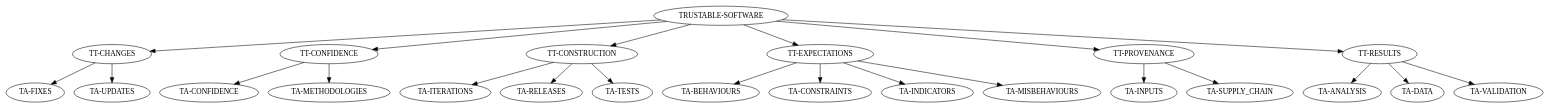
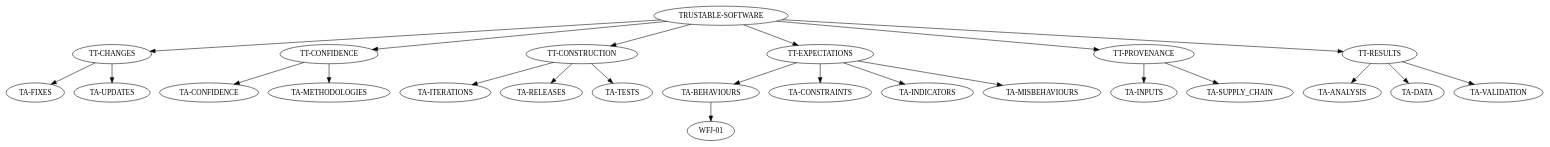
One commit to score-json/inc_json changed the diagram in .dotstop.dot. Above: the diagram before and after it, drawn with Graphviz. The commit also changed 22 other files, not shown here.

```diff
--- a/.dotstop.dot
+++ b/.dotstop.dot
@@ -1,50 +1,52 @@
 # This file is automatically generated by dotstop and should not be edited manually.
 # Generated using trustable 2025.6.25.
 
 digraph G {
 "TT-CHANGES" [sha=e276949659e77f8f453a9b32798f607abdfda44450bb10bfbca7a20d68835f7a];
 "TA-ANALYSIS" [sha="76cb774300c75d7b6a24c872fe691f2f0cd1d36cc4a2493e835f6b861bc79c34"];
 "TA-BEHAVIOURS" [sha="3ec27e29aa991978efe6a56267b98c2a08b27a4aff693d5cf2b01dfe72276570"];
 "TA-CONFIDENCE" [sha=afda09331b2fc3b8d9b1cd921bee66251a65e5543a473c61eb03f9ea11d57eb5];
 "TA-CONSTRAINTS" [sha=cdee0ae34c33110044975efc981e4ac4d63d824aaaac78233b1f3828ef070da3];
 "TA-DATA" [sha="796e4b5851340906568a47c4436c1fa67ca1c48c98a8b6a16b19283d04cea799"];
 "TA-FIXES" [sha="08f069034d1399c43c4321c5f05de72125f4155a8b68b9bbb2029cb679e6ad48"];
 "TA-INDICATORS" [sha=a5392ef1e3e40d82ef9a304d1304bf007fa85d961ab8ea268231cb212d763477];
 "TA-INPUTS" [sha="6edcb6e0ea0a918f611d6644da7a28dd5c924a210984cd913e7ff558677a6ea6"];
 "TA-ITERATIONS" [sha=c445bfe866db71df67d4e87353d674b62abce19b52048fac37284d8065d67678];
 "TA-METHODOLOGIES" [sha=d24f6055c79268b1f6e4bdf73951719f192d6f492a7376f85b349a95ccb2a319];
 "TA-MISBEHAVIOURS" [sha=d24fcdeee0ae0fa696f272dc39c8e9e37cce7fb9b2cfd07bcd1451b765be5c6e];
 "TA-RELEASES" [sha="3c924109e9916fb154eadbc2d733a8413ae551a1282b73de389b9ad7540a4e75"];
 "TA-SUPPLY_CHAIN" [sha="0629a5a339322874ad3d51c0c14219ede72195bf514abac82c95ebc3a685ae2c"];
 "TA-TESTS" [sha=afa5e61fc86f70f99f6c60b4f2b51ba7d486705f197048a7dc3fc8fea225385c];
 "TA-UPDATES" [sha="9f0554c79d125a37c7e68b9efbb022dc4853a3e2f87c7d224d30c51f5b9b8435"];
 "TA-VALIDATION" [sha="20f6d87b89d9fbffe427a734ab70906c26ad787e53032a8c4f4d599227704be6"];
 "TRUSTABLE-SOFTWARE" [sha="6513a163e6eac72c930253e4bc0404be5ea625d1dec436104991a565df4baaa3"];
 "TT-CONFIDENCE" [sha="507f0a905667e1d91265a4e577534eb51ebc0b3e84ffc1956cd0d80dc61b6d3a"];
 "TT-CONSTRUCTION" [sha="3752c6a34c0cc3ef905e000e635a7373748976744f3d1f75f1c2ed172366e350"];
 "TT-EXPECTATIONS" [sha="362eb86c872fb76b2a1075ff978252112bbad0a5fb3041895381f8c76b64c5e6"];
 "TT-PROVENANCE" [sha="4607bf9c0527508673fa37c110b9cf5f2ff0567c324cf728623f1e8ff094be32"];
 "TT-RESULTS" [sha="382987171ac6dc0d1114f5c0dbb77452300c14596514bbab126ae1f7d1bbb842"];
+"WFJ-01" [sha="82f699582ecb4aea047df8f1b0908f3c0e3acec9896f61e5edd102bf1616ac4b"];
 "TT-CHANGES" -> "TA-FIXES" [sha=d9dc2ad1dcbfde839249e8df9eb89ef978bdfee7b7b4933fae12e10cbc91762b];
 "TT-CHANGES" -> "TA-UPDATES" [sha=f8948db2f344f4cdd5bdc71dc54e63b446f40af09235c37f5d5cf59dcfdfbfa0];
+"TA-BEHAVIOURS" -> "WFJ-01" [sha="0f6cc204479d56914d30a93913ac013122faea07b31e1174058cc99296e51106"];
 "TRUSTABLE-SOFTWARE" -> "TT-CHANGES" [sha=a526e6de925b57edddfbc350de334735ee7ef23828b9e66ba781e8633c9f72df];
 "TRUSTABLE-SOFTWARE" -> "TT-CONFIDENCE" [sha="07cdcfab2c8c5121dd0acecf3771ee674dde8663e4cb335cfb74aa774f10cc5b"];
 "TRUSTABLE-SOFTWARE" -> "TT-CONSTRUCTION" [sha="8598c4138e9dda4691a3cbc1613530bb1a3f1c163edf523e41a9ba532b98fe83"];
 "TRUSTABLE-SOFTWARE" -> "TT-EXPECTATIONS" [sha=f6dba0c755d9ac4c9ed0ed2e08d5d51e6f7f1572e6de5581c90fbdaf3cafa4d4];
 "TRUSTABLE-SOFTWARE" -> "TT-PROVENANCE" [sha=c97824acbd35cf2b4a9e4ee2f66c46333b483eac99ef690e2bb105ef4756e527];
 "TRUSTABLE-SOFTWARE" -> "TT-RESULTS" [sha=b9e5b5fdf1cda120574cd2f351e9876a0a0c683152267d3898e6c161e7bda988];
 "TT-CONFIDENCE" -> "TA-METHODOLOGIES" [sha="5752e4930e6b0dbc6829b053f4bc7e7e054d416a8c9b2e19a1c3dd83d51fba9b"];
 "TT-CONFIDENCE" -> "TA-CONFIDENCE" [sha="2eaf5b9e879128e866585d5016bfde73f1ef1b192915fdb988cba7b6a0e679f2"];
 "TT-CONSTRUCTION" -> "TA-RELEASES" [sha="290d67048ce0b7e9d40d236b01fc79305d3d49d2c4a541ab3fe48d38347d45d5"];
 "TT-CONSTRUCTION" -> "TA-TESTS" [sha=dddbe1b9b7a7fdaf4003a939660dcb547eacfd78b6f446cb4e065047d95efd9a];
 "TT-CONSTRUCTION" -> "TA-ITERATIONS" [sha="671795bbd8a789803e29f531e12074129e99f1329d27bc97ad0bbee01d8432db"];
 "TT-EXPECTATIONS" -> "TA-BEHAVIOURS" [sha=bab309ba80ce2c2b1d7146220da91f1f456c03d4aad8a724db777933e8924ebb];
 "TT-EXPECTATIONS" -> "TA-MISBEHAVIOURS" [sha=b9c4c4ce6e39a7171aa8b02c3267172229ff3de17ff5cd2da9839e67334e5453];
 "TT-EXPECTATIONS" -> "TA-CONSTRAINTS" [sha=af6a8726cb3a4274ce8ef7e000f0ea9d8f301e8d543254e146045c263873260d];
 "TT-EXPECTATIONS" -> "TA-INDICATORS" [sha=c6b66b2315b853fbe7f4844631f8a522cf0cff8f2984dea65c8b627512efdede];
 "TT-PROVENANCE" -> "TA-SUPPLY_CHAIN" [sha=a9efbde8812834ed5ea620c826a6b41f28219b61a06b00dcd74632685124a8b9];
 "TT-PROVENANCE" -> "TA-INPUTS" [sha=b72b13298357c1738735fc9cc56b0e64cc9fec0124f1721315f64f24faa17f71];
 "TT-RESULTS" -> "TA-DATA" [sha=bdbef171f4a2b69b6f8b47d3b2c9f0642ffb3120ba471c7be0da274a54c4d549];
 "TT-RESULTS" -> "TA-ANALYSIS" [sha="53f912e517e9b33ca019d4a4aac432fee37c3315ea9a155e145b90122f9c8fb7"];
 "TT-RESULTS" -> "TA-VALIDATION" [sha=bc8f3c8b5afd04ec4f77e750b8c82e5bb1c729811895ff49663b904d42d49fdc];
 }
```
